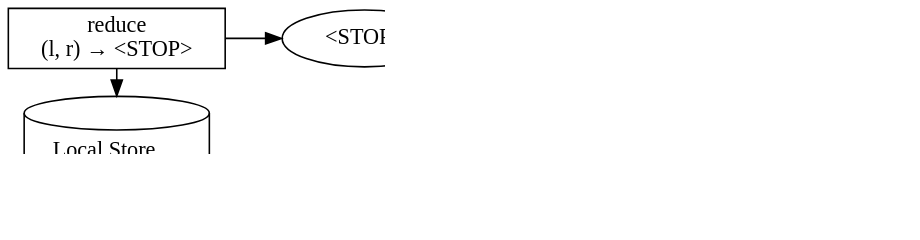
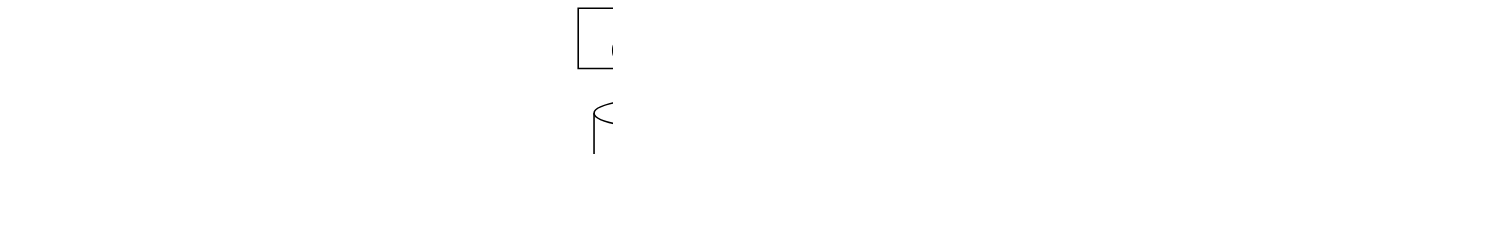
Before and after one commit to inponomarev/kstreams-testing-pitfalls: diagram 12 of 23 in slides/src/main/asciidoc/lecture.adoc, drawn with Graphviz. The commit also changed other lines of this file, not shown here.

```diff
--- a/slides/src/main/asciidoc/lecture.adoc
+++ b/slides/src/main/asciidoc/lecture.adoc
@@ -482,26 +516,32 @@
 [graphviz,"wrong-topology5.png"]
 ----
 digraph G {
 graph [ dpi = 180 ];
 rankdir="LR";
 A1[label="<STOP>"];
 B1[label="<STOP>"];
 A2[label="A"];
 B2[label="B"];
 
 Reduce -> A1 -> B1 -> B2 -> A2 ;
 
 Reduce[shape=box,label="reduce \n (l, r) → <STOP>"]
 
 Store[shape=cylinder,label=<<table cellspacing="5" cellborder="0"  border="0">
         <tr><td colspan="2">Local Store</td></tr>
         <tr><td>A</td><vr/><td>&lt;STOP&gt;</td></tr>
         <tr><td>B</td><vr/><td>&lt;STOP&gt;</td></tr>
         </table>>];
 
 Reduce->Store;
 
 {rank = same; Store; Reduce; }
 
+#padding with invisible nodes
+D1->D2->S1->S2->Reduce[style="invis"];
+D1[label="A", style="invis"];
+D2[label="A", style="invis"];
+S1[label="A", style="invis"];
+S2[label="A", style="invis"];
 }
 ----
```
